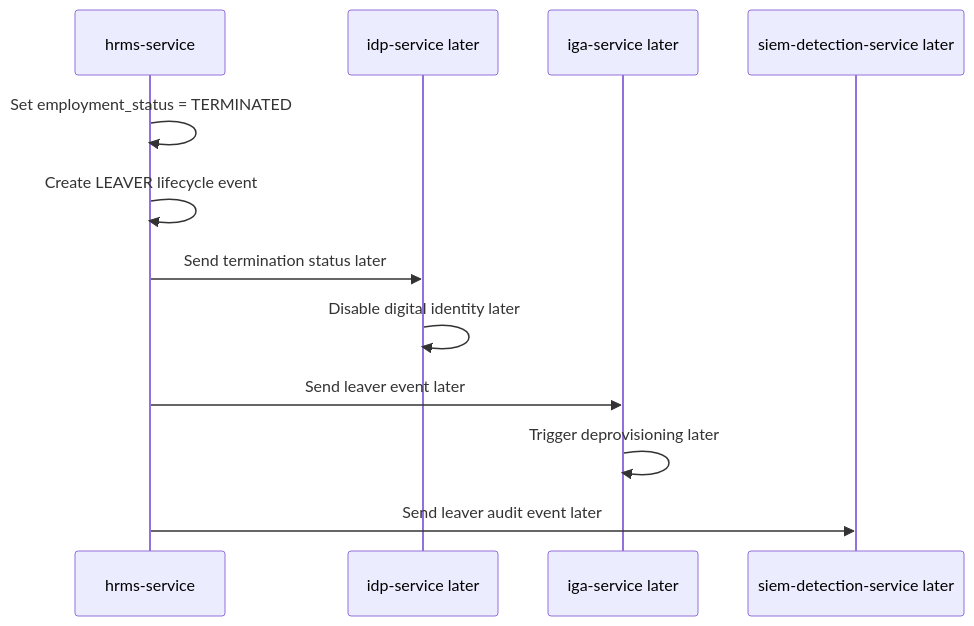
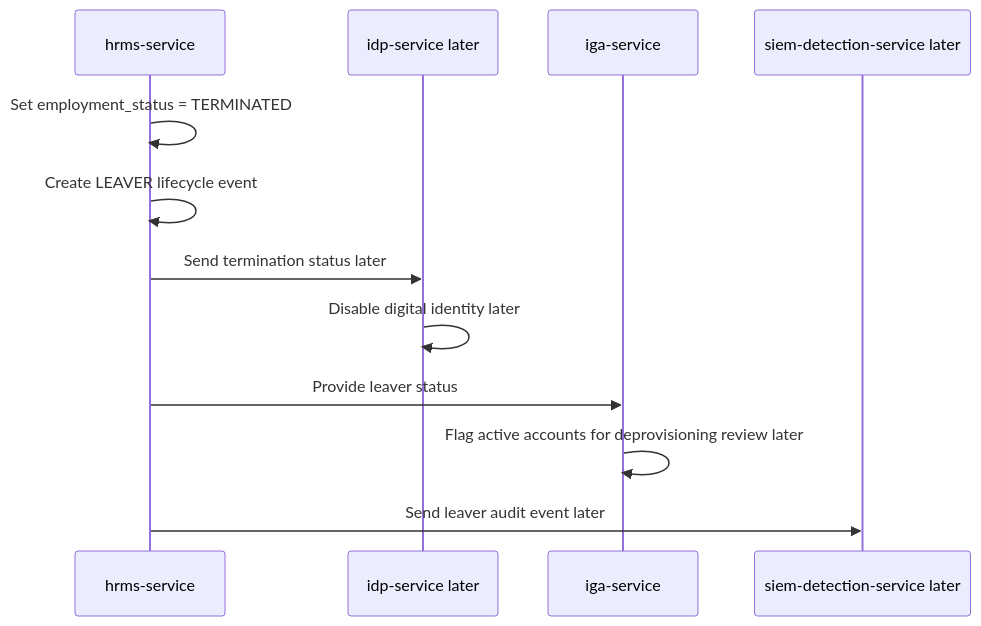
One commit to i-m-rish/luffy changed the sixth of 7 diagrams in apps/hrms-service/docs/diagrams.md. Above: the diagram before and after it, drawn with Mermaid. The commit also changed other lines of this file, not shown here.

Commit message:
Update HRMS diagrams with IGA normalization flow

````diff
--- a/apps/hrms-service/docs/diagrams.md
+++ b/apps/hrms-service/docs/diagrams.md
@@ -110,15 +125,15 @@
 ```mermaid
 sequenceDiagram
     participant HRMS as hrms-service
     participant IDP as idp-service later
-    participant IGA as iga-service later
+    participant IGA as iga-service
     participant SIEM as siem-detection-service later
 
     HRMS->>HRMS: Set employment_status = TERMINATED
     HRMS->>HRMS: Create LEAVER lifecycle event
     HRMS->>IDP: Send termination status later
     IDP->>IDP: Disable digital identity later
-    HRMS->>IGA: Send leaver event later
-    IGA->>IGA: Trigger deprovisioning later
+    HRMS->>IGA: Provide leaver status
+    IGA->>IGA: Flag active accounts for deprovisioning review later
     HRMS->>SIEM: Send leaver audit event later
 ```
````
